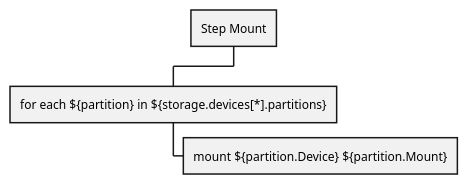
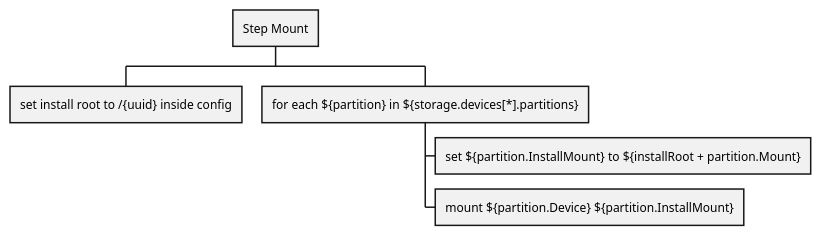
The diagram in doc/004-step-mount.puml (Munix-Developers/munix-standalone-installer), drawn with PlantUML before and after one commit. The commit also changed 6 other files, not shown here.

```diff
--- a/doc/004-step-mount.puml
+++ b/doc/004-step-mount.puml
@@ -1,5 +1,7 @@
 @startwbs
 * Step Mount
+** set install root to /{uuid} inside config
 ** for each ${partition} in ${storage.devices[*].partitions}
-*** mount ${partition.Device} ${partition.Mount}
+*** set ${partition.InstallMount} to ${installRoot + partition.Mount}
+*** mount ${partition.Device} ${partition.InstallMount}
 @endwbs
```
